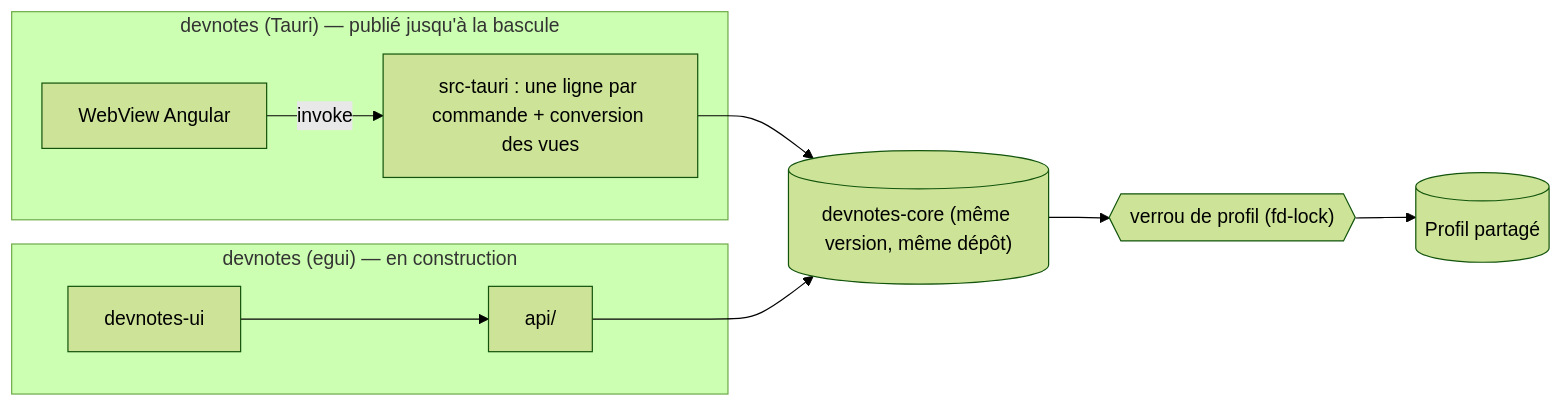
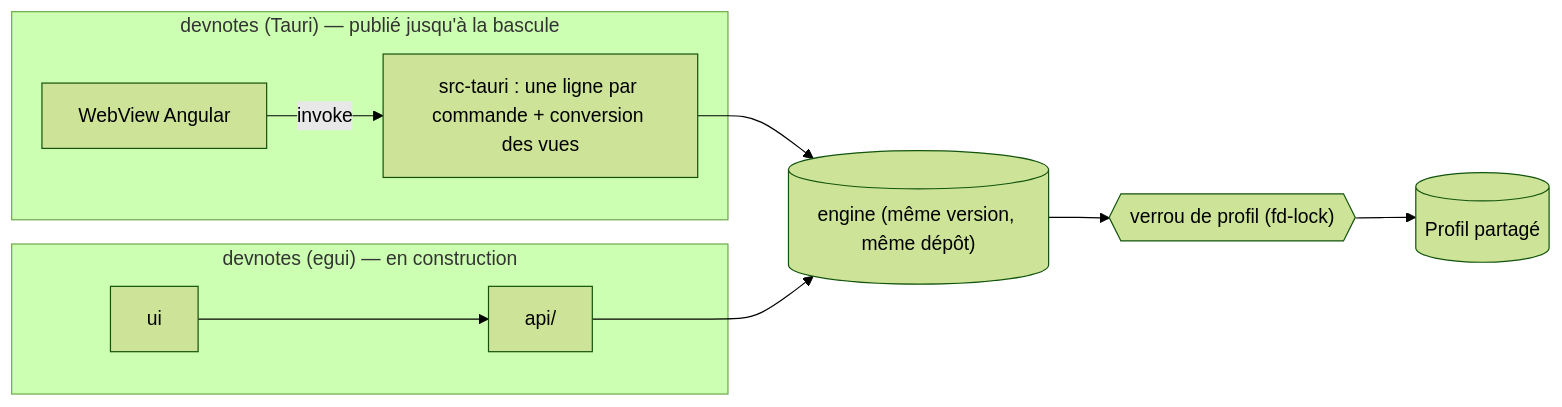
Before and after one commit to vmillet-dev/devnotes-rs: the sixth of 7 diagrams in docs/egui-migration-plan.md, drawn with Mermaid (forest theme). The commit also changed other lines of this file, not shown here.

First line of the commit message:
Architecture: name the planned crates without a devnotes- prefix

````diff
--- a/docs/egui-migration-plan.md
+++ b/docs/egui-migration-plan.md
@@ -555,13 +563,13 @@
 ```mermaid
 flowchart LR
   subgraph tauri["devnotes (Tauri) — publié jusqu'à la bascule"]
     wv["WebView Angular"] -->|invoke| cmds["src-tauri : une ligne par commande + conversion des vues"]
   end
   subgraph egui["devnotes (egui) — en construction"]
-    ui["devnotes-ui"] --> api["api/"]
+    ui["ui"] --> api["api/"]
   end
-  cmds --> core[("devnotes-core (même version, même dépôt)")]
+  cmds --> core[("engine (même version, même dépôt)")]
   api --> core
   core --> lock{{"verrou de profil (fd-lock)"}}
   lock --> disk[("Profil partagé")]
 ```
````
